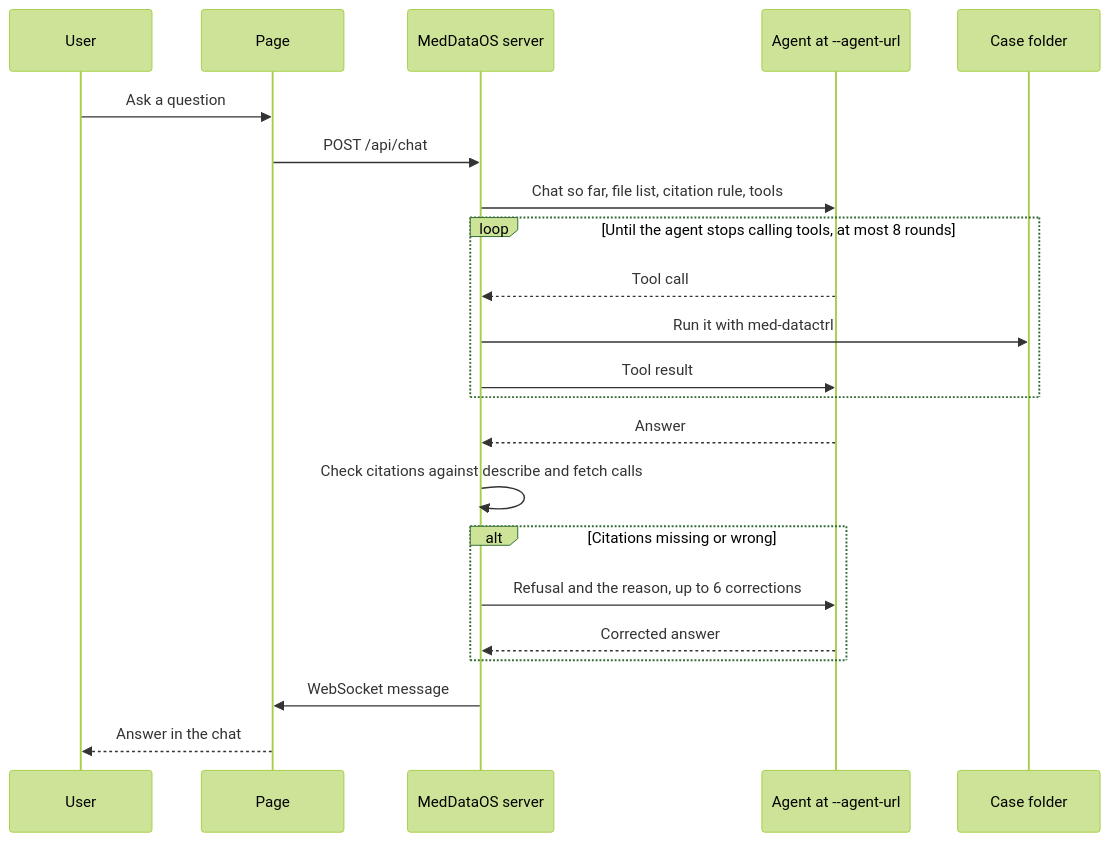
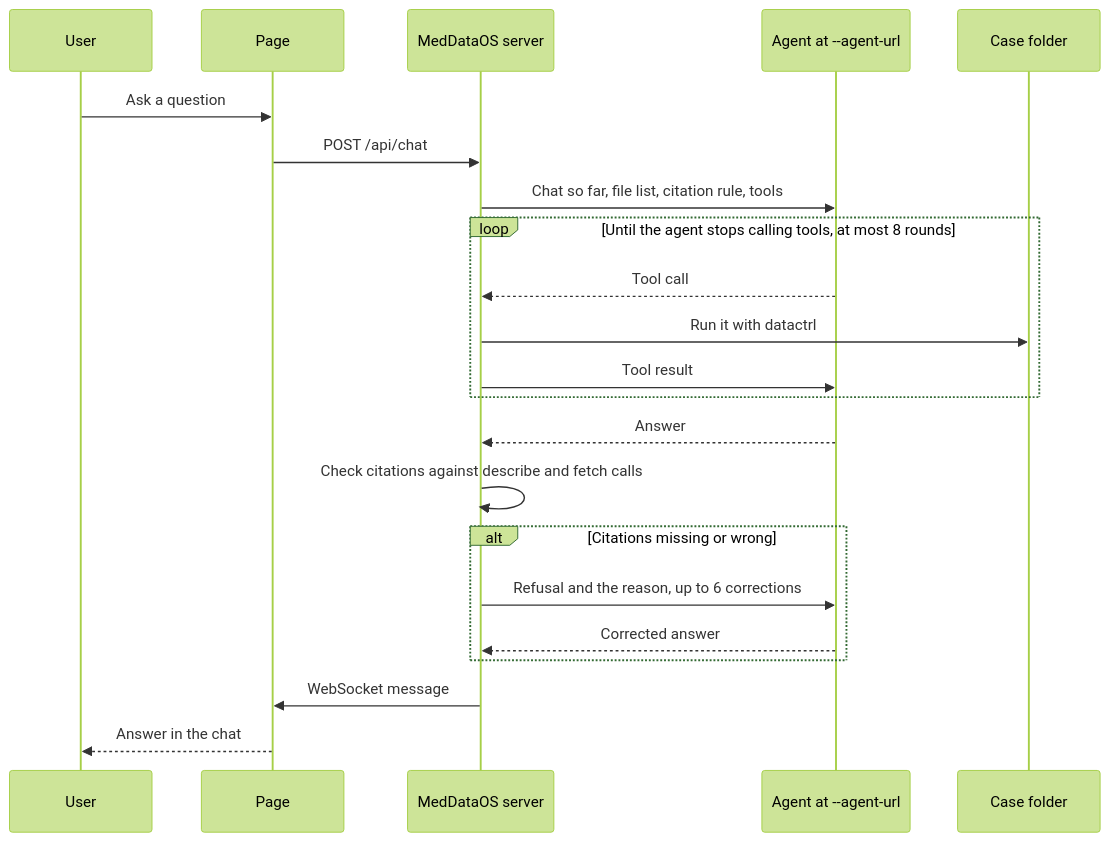
The diagram in README.md (pmcdi/MedDataOS), drawn with Mermaid (forest theme) before and after one commit. The commit also changed other lines of this file and 98 other files, not shown here.

````diff
--- a/README.md
+++ b/README.md
@@ -37,25 +57,25 @@
 ```mermaid
 sequenceDiagram
     participant User
     participant Page
     participant Server as MedDataOS server
     participant Agent as Agent at --agent-url
     participant Folder as Case folder
 
     User->>Page: Ask a question
     Page->>Server: POST /api/chat
     Server->>Agent: Chat so far, file list, citation rule, tools
     loop Until the agent stops calling tools, at most 8 rounds
         Agent-->>Server: Tool call
-        Server->>Folder: Run it with med-datactrl
+        Server->>Folder: Run it with datactrl
         Server->>Agent: Tool result
     end
     Agent-->>Server: Answer
     Server->>Server: Check citations against describe and fetch calls
     alt Citations missing or wrong
         Server->>Agent: Refusal and the reason, up to 6 corrections
         Agent-->>Server: Corrected answer
     end
     Server->>Page: WebSocket message
     Page-->>User: Answer in the chat
 ```
````
